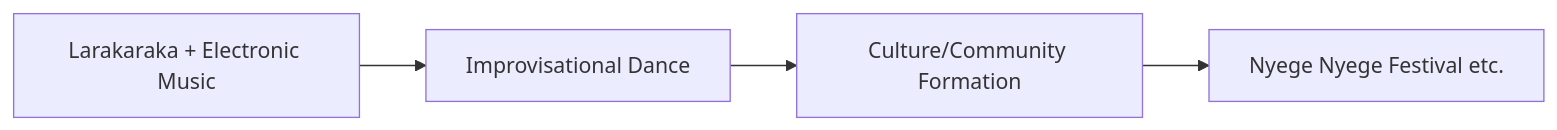
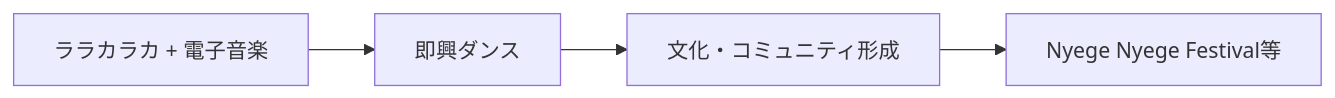
Before and after one commit to monumental-movement/monumental-movement.github.io: the fourth of 6 diagrams in en/_posts/2025-10-04-Column-Nyege-Nyege.md, drawn with Mermaid. The commit also changed other lines of this file and 1724 other files, not shown here.

```diff
--- a/en/_posts/2025-10-04-Column-Nyege-Nyege.md
+++ b/en/_posts/2025-10-04-Column-Nyege-Nyege.md
@@ -210,8 +211,8 @@
 <div class="mermaid">
 
 flowchart LR
-Music["Larakaraka + Electronic Music"] --> Dance["Improvisational Dance"]
-Dance --> Community["Culture/Community Formation"]
-Community --> Festivals["Nyege Nyege Festival etc."]
+    Music["ララカラカ + 電子音楽"] --> Dance["即興ダンス"]
+    Dance --> Community["文化・コミュニティ形成"]
+    Community --> Festivals["Nyege Nyege Festival等"]
 
 </div>
```
